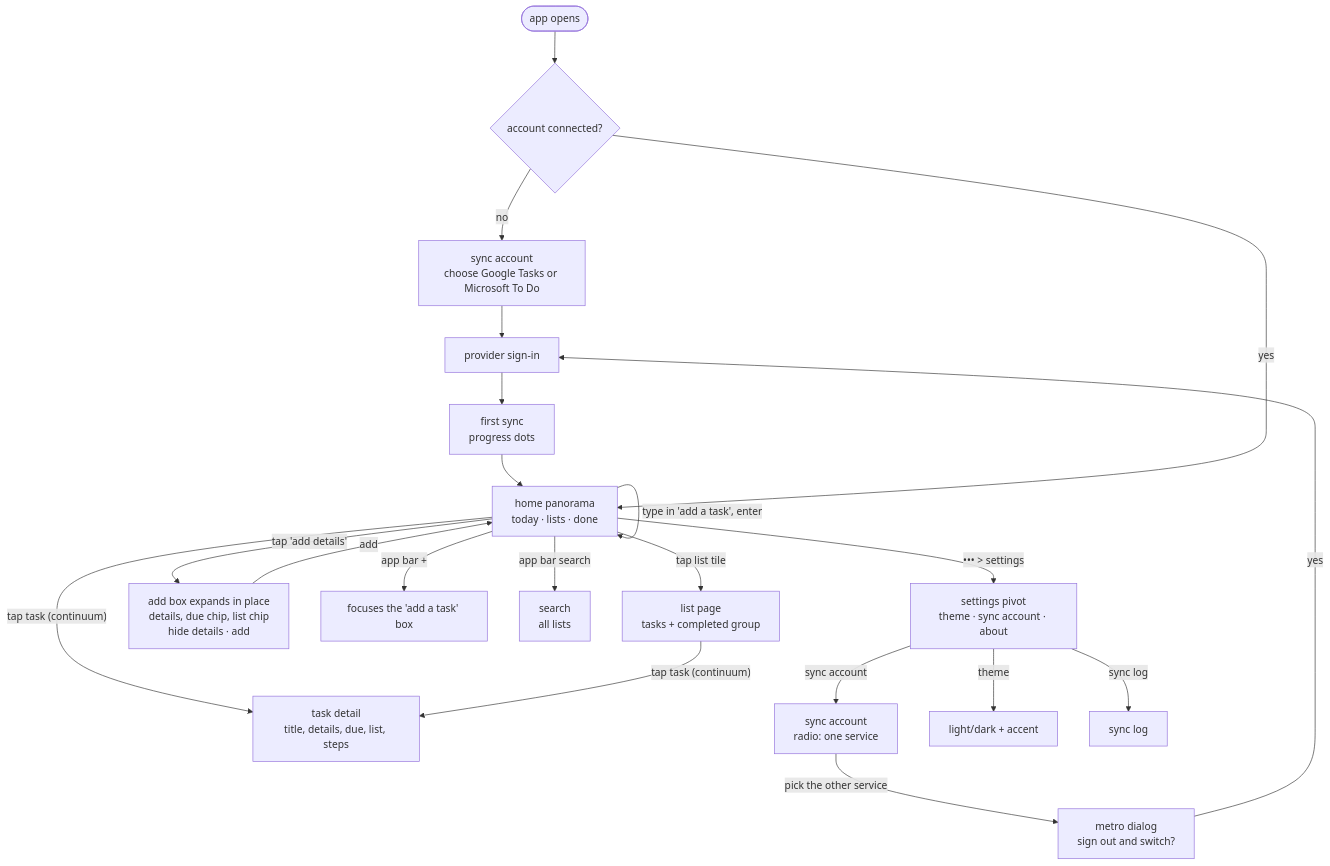
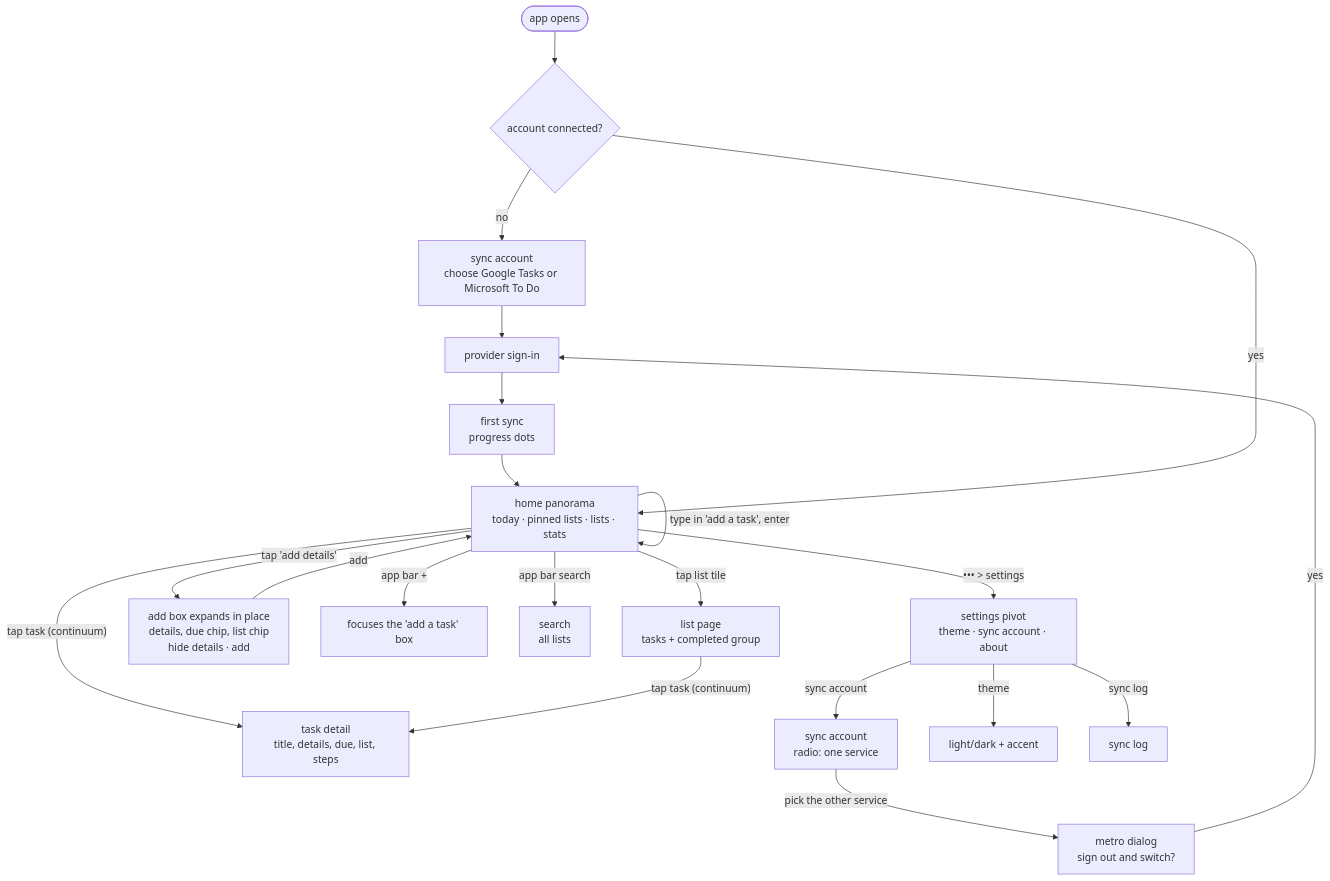
Before and after one commit to samekh248/duenorthtasks: the second of 2 diagrams in specs/001-metro-todo-app/contracts/ui-screens.md, drawn with Mermaid. The commit also changed other lines of this file and 33 other files, not shown here.

````diff
--- a/specs/001-metro-todo-app/contracts/ui-screens.md
+++ b/specs/001-metro-todo-app/contracts/ui-screens.md
@@ -26,24 +26,24 @@
 ```mermaid
 flowchart TD
     Launch([app opens]) --> HasAcct{account connected?}
     HasAcct -- no --> Pick["sync account<br/>choose Google Tasks or Microsoft To Do"]
     Pick --> SignIn[provider sign-in]
     SignIn --> FirstSync["first sync<br/>progress dots"]
     FirstSync --> Home
-    HasAcct -- yes --> Home["home panorama<br/>today · lists · done"]
+    HasAcct -- yes --> Home["home panorama<br/>today · pinned lists · lists · stats"]
 
     Home -- "tap list tile" --> List["list page<br/>tasks + completed group"]
     Home -- "tap task (continuum)" --> Detail["task detail<br/>title, details, due, list, steps"]
     List -- "tap task (continuum)" --> Detail
     Home -- "type in 'add a task', enter" --> Home
     Home -- "tap 'add details'" --> Expand["add box expands in place<br/>details, due chip, list chip<br/>hide details · add"]
     Expand -- add --> Home
     Home -- "app bar +" --> Focus["focuses the 'add a task' box"]
     Home -- "app bar search" --> Search["search<br/>all lists"]
     Home -- "••• > settings" --> Settings["settings pivot<br/>theme · sync account · about"]
     Settings -- "sync account" --> Sync["sync account<br/>radio: one service"]
     Sync -- "pick the other service" --> Confirm["metro dialog<br/>sign out and switch?"]
     Confirm -- yes --> SignIn
     Settings -- "theme" --> Accent["light/dark + accent"]
     Settings -- "sync log" --> Log[sync log]
 ```
````
